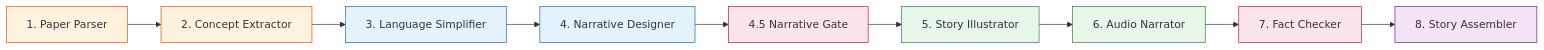
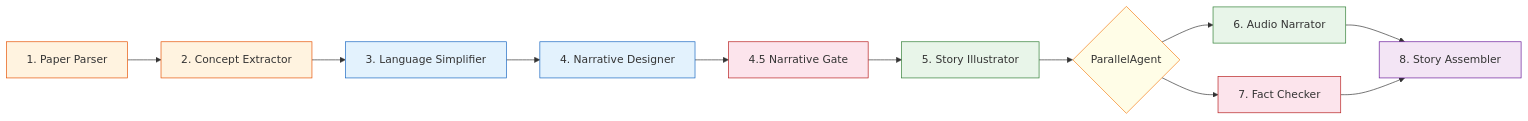
One commit to aria-vibe/paper-tales changed the third of 4 diagrams in README.md. Above: the diagram before and after it, drawn with Mermaid. The commit also changed other lines of this file and 10 other files, not shown here.

````diff
--- a/README.md
+++ b/README.md
@@ -100,21 +100,24 @@
 ```mermaid
 graph LR
     A1[1. Paper Parser] --> A2[2. Concept Extractor]
     A2 --> A3[3. Language Simplifier]
     A3 --> A4[4. Narrative Designer]
     A4 --> A4G[4.5 Narrative Gate]
     A4G --> A5[5. Story Illustrator]
-    A5 --> A6[6. Audio Narrator]
-    A6 --> A7[7. Fact Checker]
-    A7 --> A8[8. Story Assembler]
+    A5 --> PAR{ParallelAgent}
+    PAR --> A6[6. Audio Narrator]
+    PAR --> A7[7. Fact Checker]
+    A6 --> A8[8. Story Assembler]
+    A7 --> A8
 
     style A1 fill:#fff3e0,stroke:#e65100
     style A2 fill:#fff3e0,stroke:#e65100
     style A3 fill:#e3f2fd,stroke:#1565c0
     style A4 fill:#e3f2fd,stroke:#1565c0
     style A4G fill:#fce4ec,stroke:#b71c1c
     style A5 fill:#e8f5e9,stroke:#2e7d32
+    style PAR fill:#fffde7,stroke:#f57f17
     style A6 fill:#e8f5e9,stroke:#2e7d32
     style A7 fill:#fce4ec,stroke:#b71c1c
     style A8 fill:#f3e5f5,stroke:#6a1b9a
 ```
````
